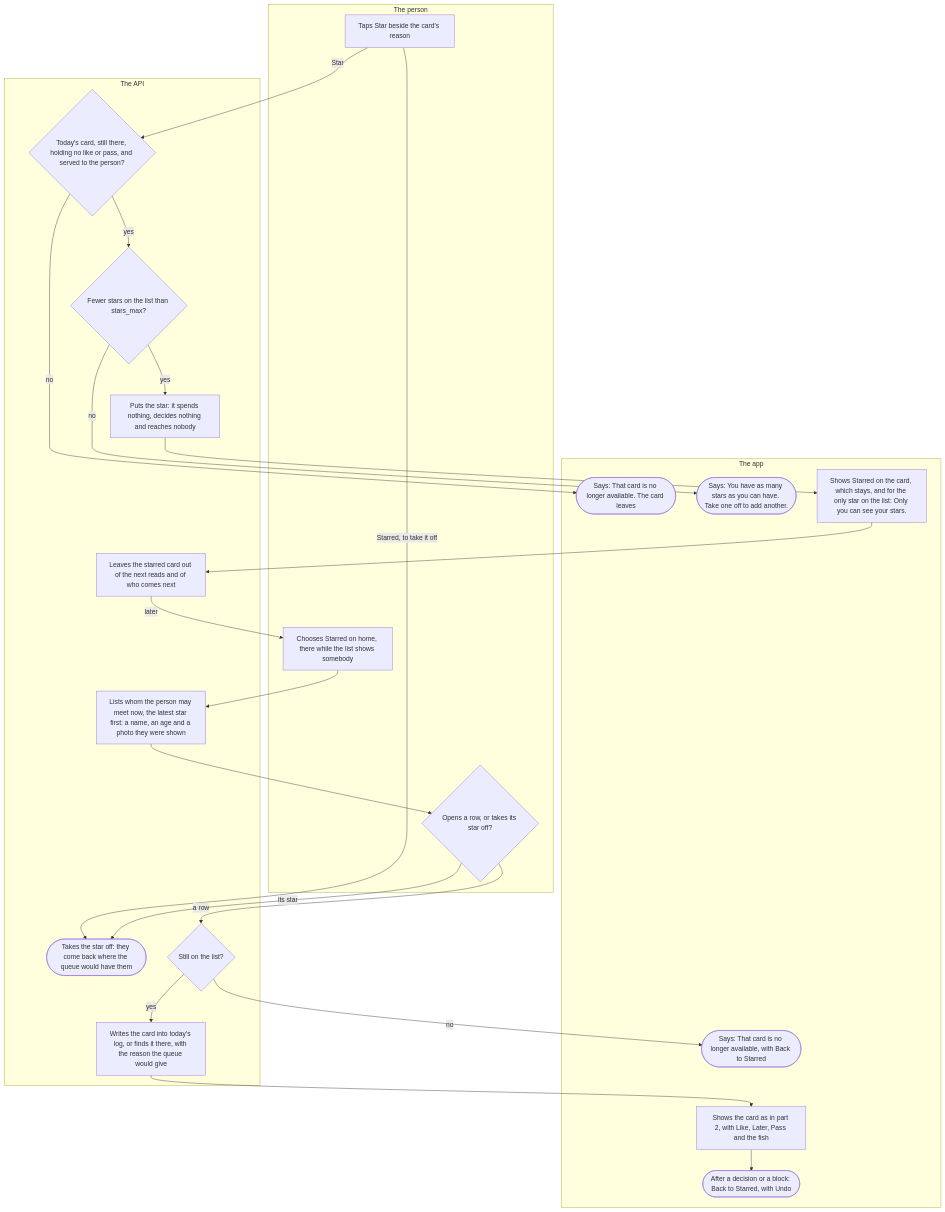
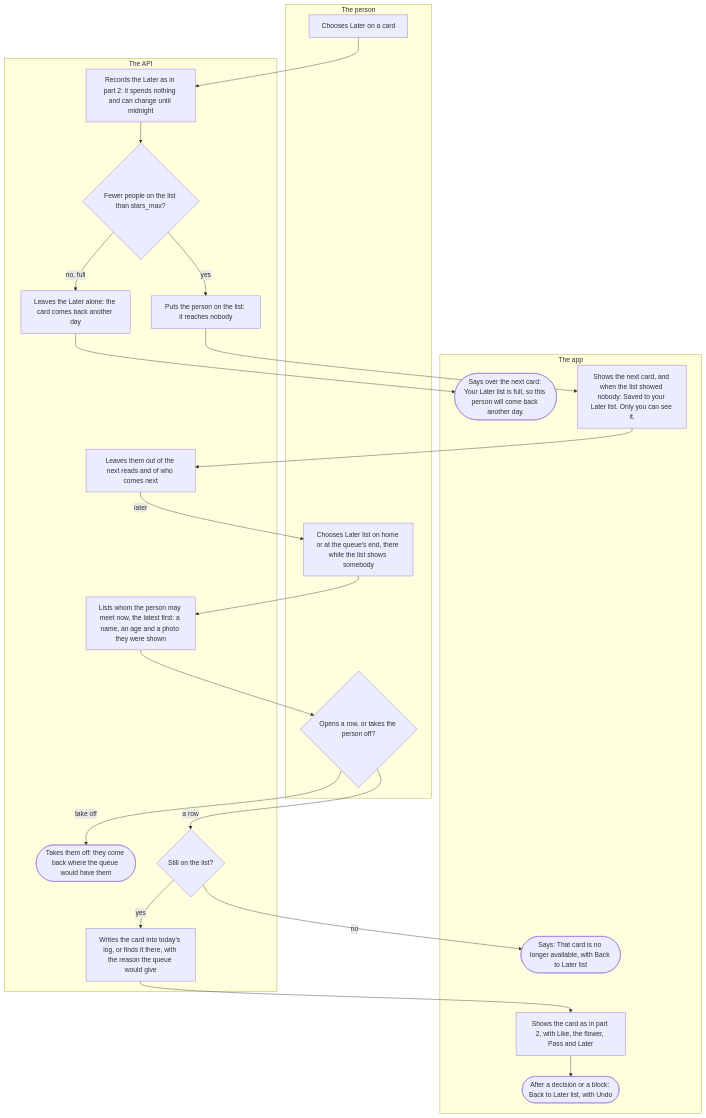
Before and after one commit to kuutti-ry/kumpa-app: the fourth of 5 diagrams in docs/flows/queue.md, drawn with Mermaid. The commit also changed other lines of this file and 99 other files, not shown here.

First line of the commit message:
Make Later a list and float the card's buttons (#681) (#734)

````diff
--- a/docs/flows/queue.md
+++ b/docs/flows/queue.md
@@ -214,45 +214,44 @@
 ```mermaid
 flowchart TB
-  accTitle: The star and Starred
-  accDescr: A star marks somebody for later without a like or a pass. It spends nothing, the card stays, and nobody is told. A starred person leaves the queue and comes through the Starred list, reached from home, whose rows open the card to decide or take the star off.
+  accTitle: The Later list
+  accDescr: Later puts the card's person on the person's Later list, to come back to without a like or a pass. It spends nothing and nobody is told. At the most the list may show, the card comes back another day instead. The list is reached from home and from the queue's end, and its rows open the card to decide, or take the person off.
   subgraph person["The person"]
-    s40["Taps Star beside the card's reason"]
-    s48["Chooses Starred on home, there while the list shows somebody"]
-    s50{"Opens a row, or takes its star off?"}
+    s40["Chooses Later on a card"]
+    s48["Chooses Later list on home or at the queue's end, there while the list shows somebody"]
+    s50{"Opens a row, or takes the person off?"}
   end
   subgraph app["The app"]
-    s42(["Says: That card is no longer available. The card leaves"])
-    s44(["Says: You have as many stars as you can have. Take one off to add another."])
-    s46["Shows Starred on the card, which stays, and for the only star on the list: Only you can see your stars."]
-    s53(["Says: That card is no longer available, with Back to Starred"])
-    s55["Shows the card as in part 2, with Like, Later, Pass and the fish"]
-    s56(["After a decision or a block: Back to Starred, with Undo"])
+    s44(["Says over the next card: Your Later list is full, so this person will come back another day."])
+    s46["Shows the next card, and when the list showed nobody: Saved to your Later list. Only you can see it."]
+    s53(["Says: That card is no longer available, with Back to Later list"])
+    s55["Shows the card as in part 2, with Like, the flower, Pass and Later"]
+    s56(["After a decision or a block: Back to Later list, with Undo"])
   end
   subgraph api["The API"]
-    s41{"Today's card, still there, holding no like or pass, and served to the person?"}
-    s43{"Fewer stars on the list than stars_max?"}
-    s45["Puts the star: it spends nothing, decides nothing and reaches nobody"]
-    s47["Leaves the starred card out of the next reads and of who comes next"]
-    s49["Lists whom the person may meet now, the latest star first: a name, an age and a photo they were shown"]
-    s51(["Takes the star off: they come back where the queue would have them"])
+    s41["Records the Later as in part 2: it spends nothing and can change until midnight"]
+    s42{"Fewer people on the list than stars_max?"}
+    s43["Leaves the Later alone: the card comes back another day"]
+    s45["Puts the person on the list: it reaches nobody"]
+    s47["Leaves them out of the next reads and of who comes next"]
+    s49["Lists whom the person may meet now, the latest first: a name, an age and a photo they were shown"]
+    s51(["Takes them off: they come back where the queue would have them"])
     s52{"Still on the list?"}
     s54["Writes the card into today's log, or finds it there, with the reason the queue would give"]
   end
-  s40 -->|"Star"| s41
-  s40 -->|"Starred, to take it off"| s51
-  s41 -->|"no"| s42
-  s41 -->|"yes"| s43
-  s43 -->|"no"| s44
-  s43 -->|"yes"| s45
+  s40 --> s41
+  s41 --> s42
+  s42 -->|"no, full"| s43
+  s43 --> s44
+  s42 -->|"yes"| s45
   s45 --> s46
   s46 --> s47
   s47 -->|"later"| s48
   s48 --> s49
   s49 --> s50
-  s50 -->|"its star"| s51
+  s50 -->|"take off"| s51
   s50 -->|"a row"| s52
   s52 -->|"no"| s53
   s52 -->|"yes"| s54
   s54 --> s55
   s55 --> s56
 ```
````
